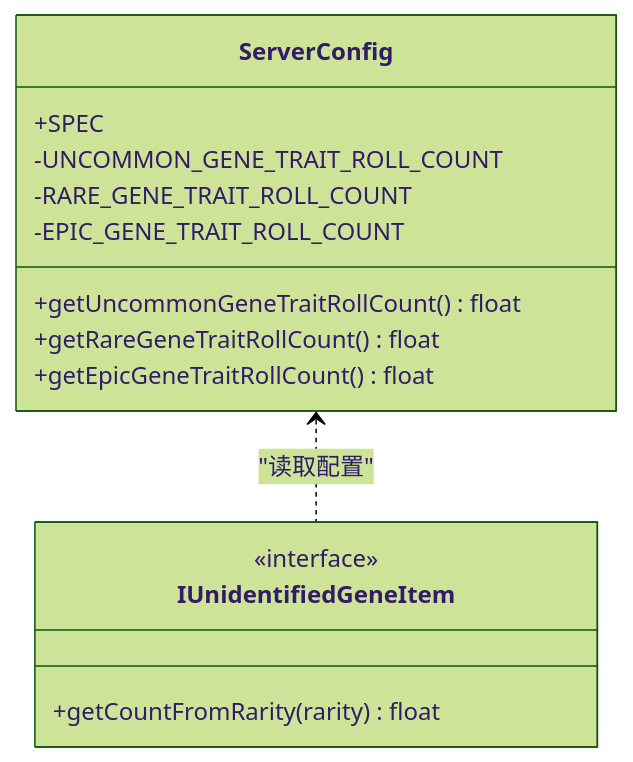
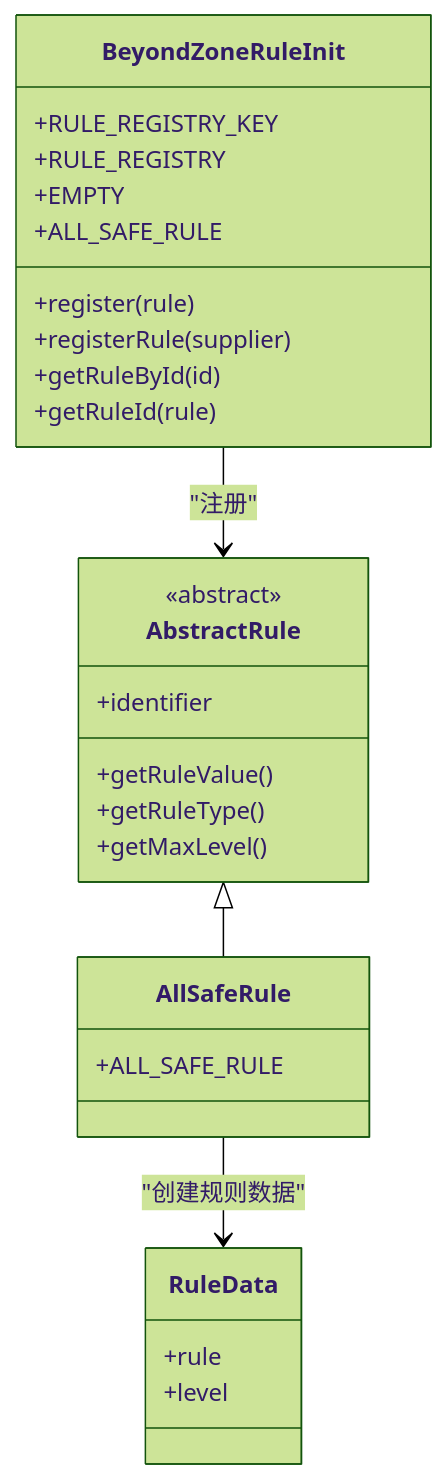
One commit to Ver-shift/SubModulesGeneHunter changed the fourth of 7 diagrams in .qoder/repowiki/zh/content/部署与配置/服务器配置.md. Above: the diagram before and after it, drawn with Mermaid (forest theme). The commit also changed other lines of this file and 49 other files, not shown here.

````diff
--- a/.qoder/repowiki/zh/content/部署与配置/服务器配置.md
+++ b/.qoder/repowiki/zh/content/部署与配置/服务器配置.md
@@ -148,17 +202,30 @@
 ```mermaid
 classDiagram
-class ServerConfig {
-+SPEC
--UNCOMMON_GENE_TRAIT_ROLL_COUNT
--RARE_GENE_TRAIT_ROLL_COUNT
--EPIC_GENE_TRAIT_ROLL_COUNT
-+getUncommonGeneTraitRollCount() float
-+getRareGeneTraitRollCount() float
-+getEpicGeneTraitRollCount() float
+class BeyondZoneRuleInit {
++RULE_REGISTRY_KEY
++RULE_REGISTRY
++EMPTY
++ALL_SAFE_RULE
++register(rule)
++registerRule(supplier)
++getRuleById(id)
++getRuleId(rule)
 }
-class IUnidentifiedGeneItem {
-<<interface>>
-+getCountFromRarity(rarity) float
+class AbstractRule {
+<<abstract>>
++identifier
++getRuleValue()
++getRuleType()
++getMaxLevel()
 }
-ServerConfig <.. IUnidentifiedGeneItem : "读取配置"
+class AllSafeRule {
++ALL_SAFE_RULE
+}
+class RuleData {
++rule
++level
+}
+BeyondZoneRuleInit --> AbstractRule : "注册"
+AbstractRule <|-- AllSafeRule
+AllSafeRule --> RuleData : "创建规则数据"
 ```
````
